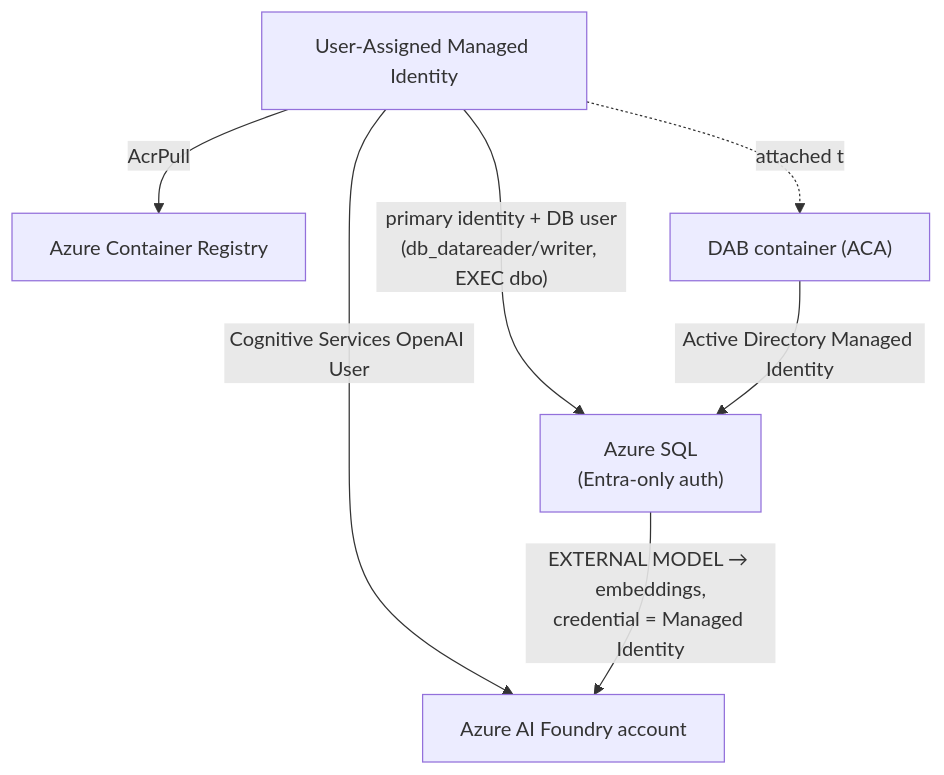
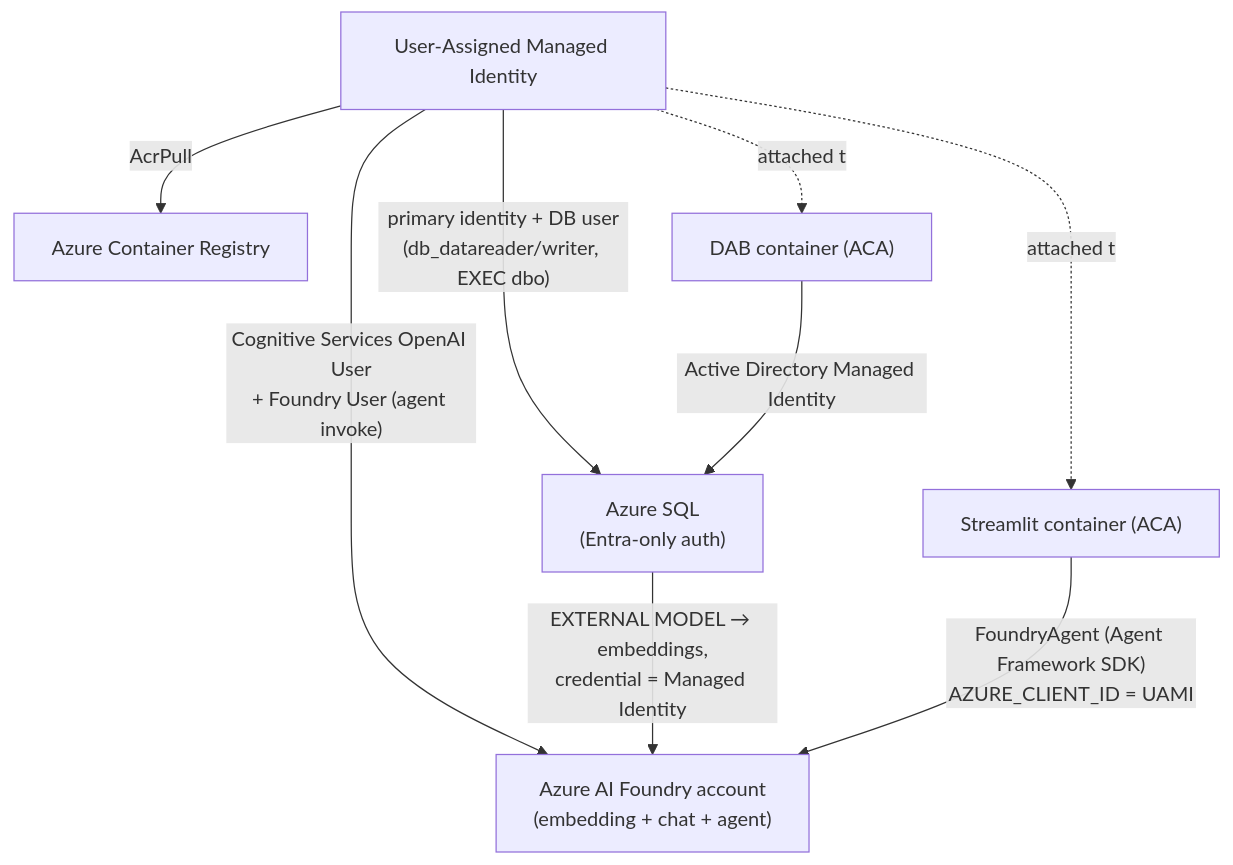
The first of 3 diagrams in docs/ARCHITECTURE.md (benkarabinus/data-api-builder-sample), drawn with Mermaid before and after one commit. The commit also changed other lines of this file and 19 other files, not shown here.

Commit message:
Update to add agent framework Foundry hosted agent accessible through web UI

````diff
--- a/docs/ARCHITECTURE.md
+++ b/docs/ARCHITECTURE.md
@@ -16,15 +16,18 @@
 ```mermaid
 flowchart TD
     UAMI["User-Assigned Managed Identity"]
     SQL["Azure SQL<br/>(Entra-only auth)"]
-    FOUNDRY["Azure AI Foundry account"]
+    FOUNDRY["Azure AI Foundry account<br/>(embedding + chat + agent)"]
     ACR["Azure Container Registry"]
     DAB["DAB container (ACA)"]
+    WEB["Streamlit container (ACA)"]
 
     UAMI -->|"primary identity + DB user<br/>(db_datareader/writer, EXEC dbo)"| SQL
-    UAMI -->|"Cognitive Services OpenAI User"| FOUNDRY
+    UAMI -->|"Cognitive Services OpenAI User<br/>+ Foundry User (agent invoke)"| FOUNDRY
     UAMI -->|"AcrPull"| ACR
     UAMI -.attached to.-> DAB
+    UAMI -.attached to.-> WEB
     DAB -->|"Active Directory Managed Identity"| SQL
     SQL -->|"EXTERNAL MODEL → embeddings,<br/>credential = Managed Identity"| FOUNDRY
+    WEB -->|"FoundryAgent (Agent Framework SDK)<br/>AZURE_CLIENT_ID = UAMI"| FOUNDRY
 ```
````
